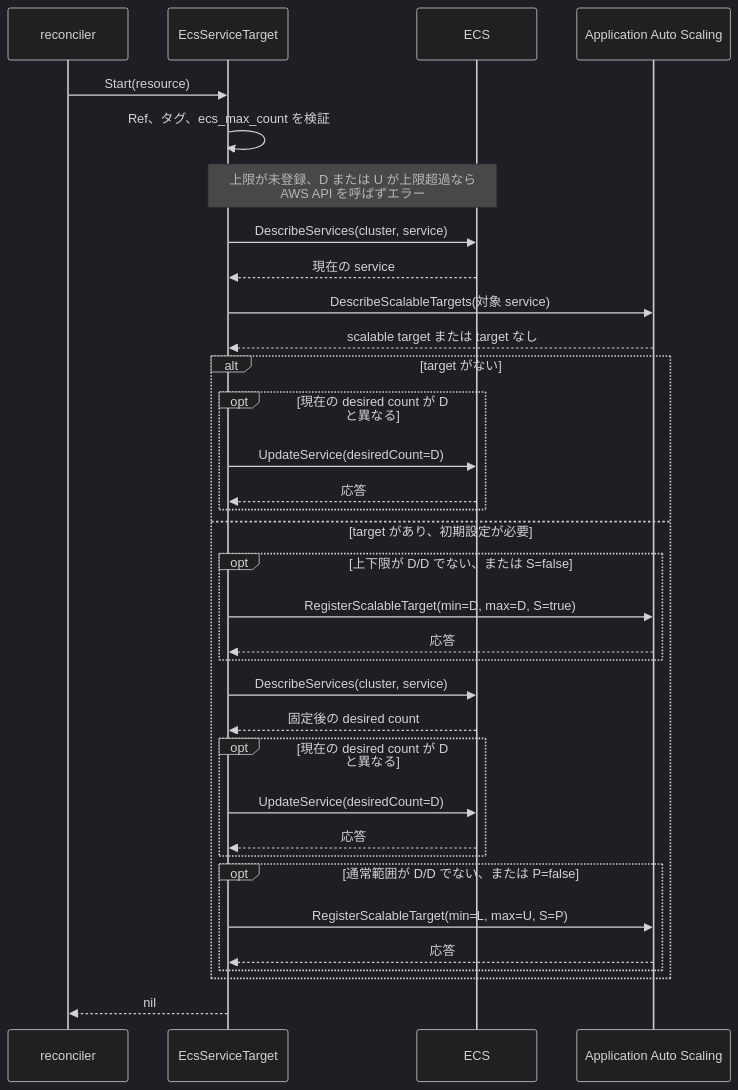
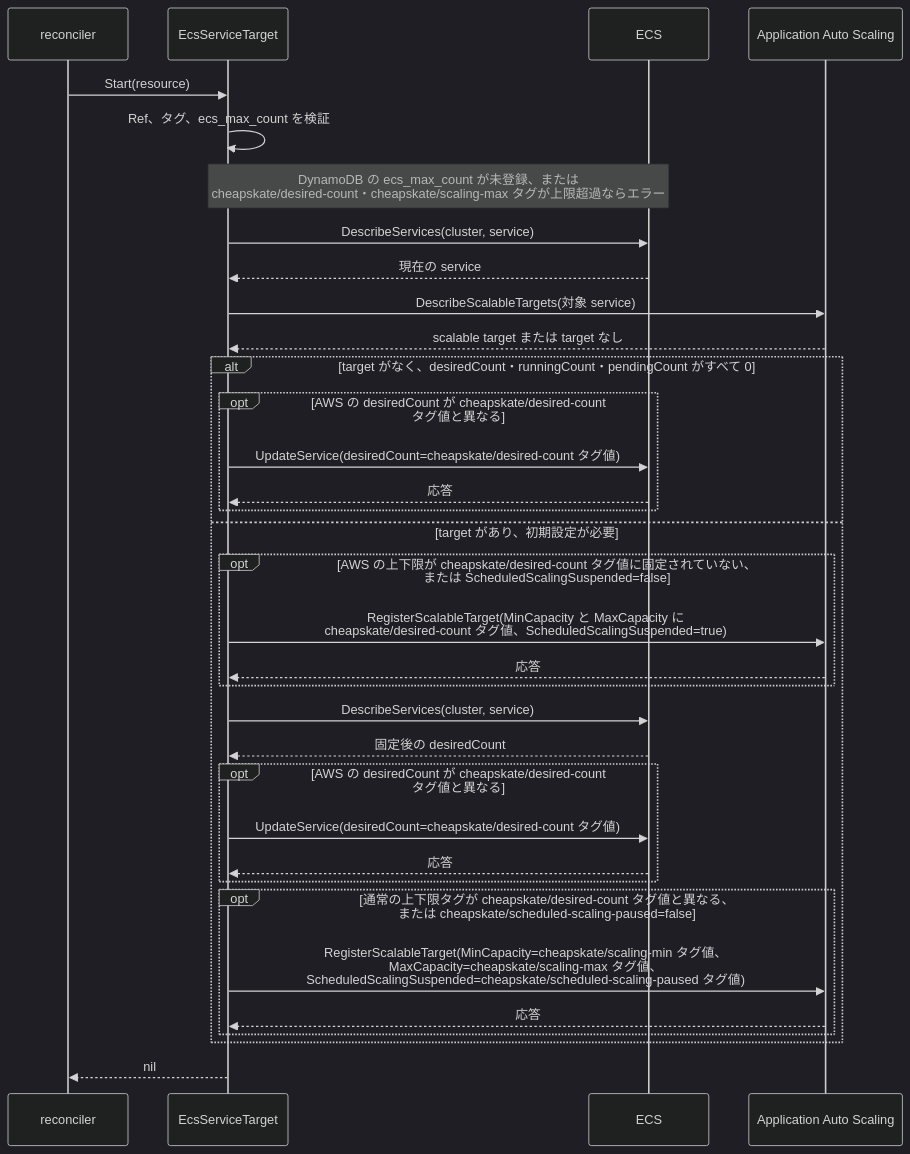
Before and after one commit to moepig/cheapskate: the seventh of 9 diagrams in docs/ja/development/resource_sequence.md, drawn with Mermaid (dark theme). The commit also changed other lines of this file and 63 other files, not shown here.

````diff
--- a/docs/ja/development/resource_sequence.md
+++ b/docs/ja/development/resource_sequence.md
@@ -263,36 +258,36 @@
 ```mermaid
 sequenceDiagram
-    participant R as reconciler
-    participant A as EcsServiceTarget
-    participant E as ECS
-    participant S as Application Auto Scaling
-    R->>A: Start(resource)
-    A->>A: Ref、タグ、ecs_max_count を検証
-    Note over A,E: 上限が未登録、D または U が上限超過なら<br/>AWS API を呼ばずエラー
-    A->>E: DescribeServices(cluster, service)
-    E-->>A: 現在の service
-    A->>S: DescribeScalableTargets(対象 service)
-    S-->>A: scalable target または target なし
-    alt target がない
-        opt 現在の desired count が D と異なる
-            A->>E: UpdateService(desiredCount=D)
-            E-->>A: 応答
+    participant Reconciler as reconciler
+    participant Adapter as EcsServiceTarget
+    participant EcsAPI as ECS
+    participant AutoScaling as Application Auto Scaling
+    Reconciler->>Adapter: Start(resource)
+    Adapter->>Adapter: Ref、タグ、ecs_max_count を検証
+    Note over Adapter,EcsAPI: DynamoDB の ecs_max_count が未登録、または<br/>cheapskate/desired-count・cheapskate/scaling-max タグが上限超過ならエラー
+    Adapter->>EcsAPI: DescribeServices(cluster, service)
+    EcsAPI-->>Adapter: 現在の service
+    Adapter->>AutoScaling: DescribeScalableTargets(対象 service)
+    AutoScaling-->>Adapter: scalable target または target なし
+    alt target がなく、desiredCount・runningCount・pendingCount がすべて 0
+        opt AWS の desiredCount が cheapskate/desired-count タグ値と異なる
+            Adapter->>EcsAPI: UpdateService(desiredCount=cheapskate/desired-count タグ値)
+            EcsAPI-->>Adapter: 応答
         end
     else target があり、初期設定が必要
-        opt 上下限が D/D でない、または S=false
-            A->>S: RegisterScalableTarget(min=D, max=D, S=true)
-            S-->>A: 応答
+        opt AWS の上下限が cheapskate/desired-count タグ値に固定されていない、<br/>または ScheduledScalingSuspended=false
+            Adapter->>AutoScaling: RegisterScalableTarget(MinCapacity と MaxCapacity に<br/>cheapskate/desired-count タグ値、ScheduledScalingSuspended=true)
+            AutoScaling-->>Adapter: 応答
         end
-        A->>E: DescribeServices(cluster, service)
-        E-->>A: 固定後の desired count
-        opt 現在の desired count が D と異なる
-            A->>E: UpdateService(desiredCount=D)
-            E-->>A: 応答
+        Adapter->>EcsAPI: DescribeServices(cluster, service)
+        EcsAPI-->>Adapter: 固定後の desiredCount
+        opt AWS の desiredCount が cheapskate/desired-count タグ値と異なる
+            Adapter->>EcsAPI: UpdateService(desiredCount=cheapskate/desired-count タグ値)
+            EcsAPI-->>Adapter: 応答
         end
-        opt 通常範囲が D/D でない、または P=false
-            A->>S: RegisterScalableTarget(min=L, max=U, S=P)
-            S-->>A: 応答
+        opt 通常の上下限タグが cheapskate/desired-count タグ値と異なる、<br/>または cheapskate/scheduled-scaling-paused=false
+            Adapter->>AutoScaling: RegisterScalableTarget(MinCapacity=cheapskate/scaling-min タグ値、<br/>MaxCapacity=cheapskate/scaling-max タグ値、<br/>ScheduledScalingSuspended=cheapskate/scheduled-scaling-paused タグ値)
+            AutoScaling-->>Adapter: 応答
         end
     end
-    A-->>R: nil
+    Adapter-->>Reconciler: nil
 ```
````
